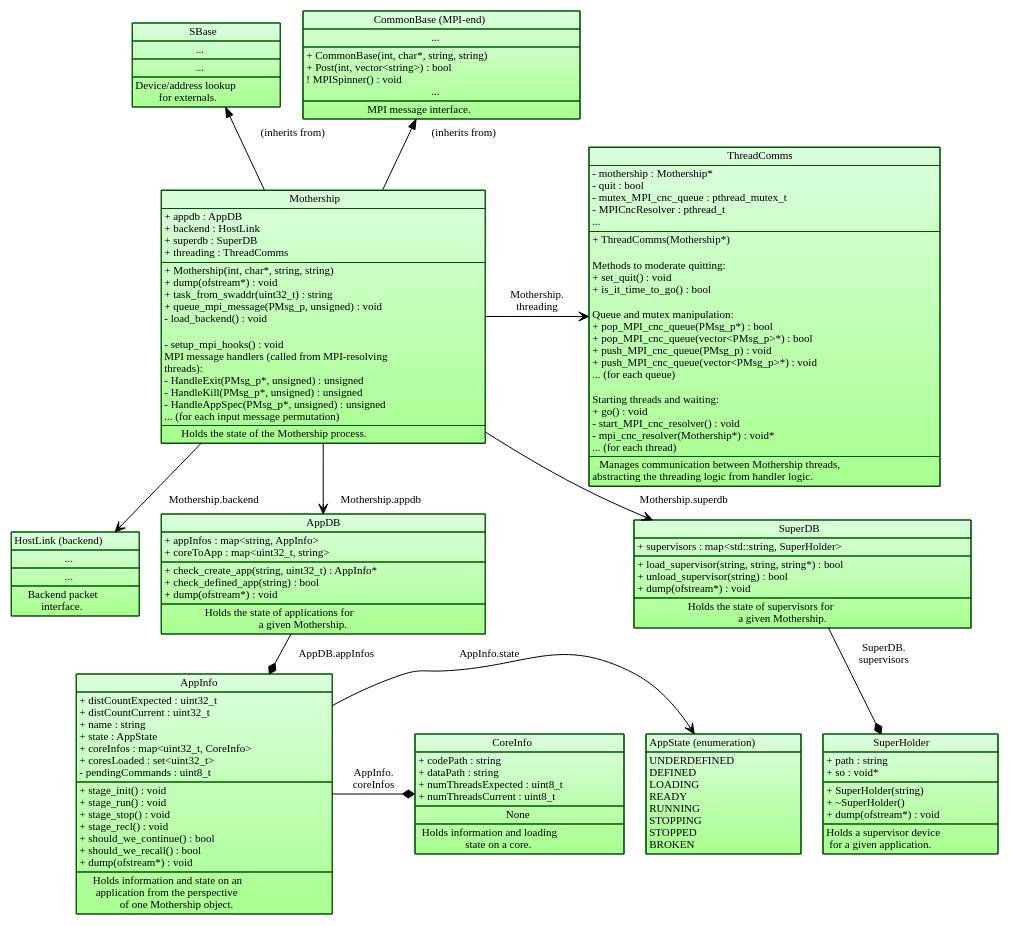
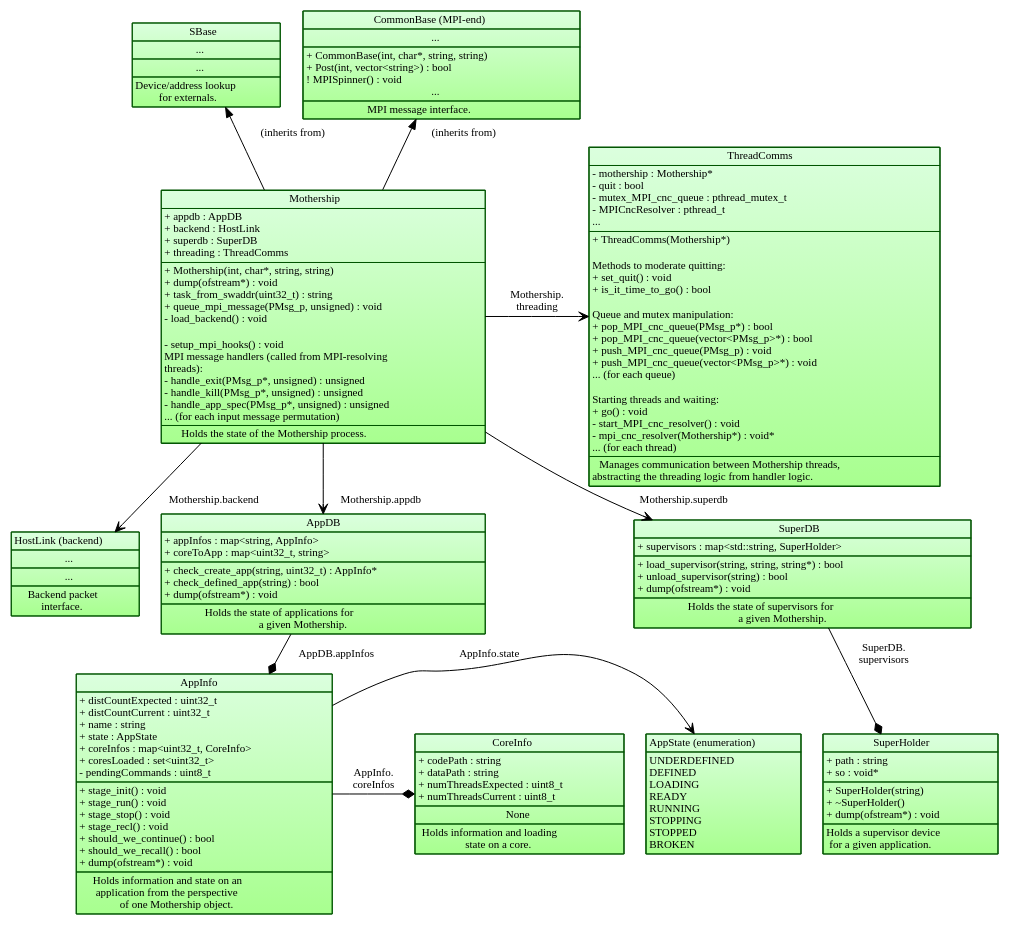
The diagram in images/source/mothership_data_structure.dot (POETSII/orchestrator-documentation), drawn with Graphviz before and after one commit.

Commit message:
Rename handler methods to fit with the style.

```diff
--- a/images/source/mothership_data_structure.dot
+++ b/images/source/mothership_data_structure.dot
@@ -176,9 +176,9 @@
 - setup_mpi_hooks() : void<BR ALIGN="LEFT"/>
 MPI message handlers (called from MPI-resolving<BR ALIGN="LEFT"/>
 threads):<BR ALIGN="LEFT"/>
-- HandleExit(PMsg_p*, unsigned) : unsigned<BR ALIGN="LEFT"/>
-- HandleKill(PMsg_p*, unsigned) : unsigned<BR ALIGN="LEFT"/>
-- HandleAppSpec(PMsg_p*, unsigned) : unsigned<BR ALIGN="LEFT"/>
+- handle_exit(PMsg_p*, unsigned) : unsigned<BR ALIGN="LEFT"/>
+- handle_kill(PMsg_p*, unsigned) : unsigned<BR ALIGN="LEFT"/>
+- handle_app_spec(PMsg_p*, unsigned) : unsigned<BR ALIGN="LEFT"/>
 ... (for each input message permutation)<BR ALIGN="LEFT"/>
 </TD></TR>
 <TR><TD ALIGN="TEXT">
```
